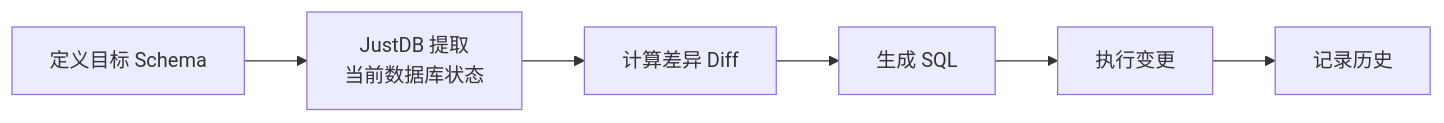
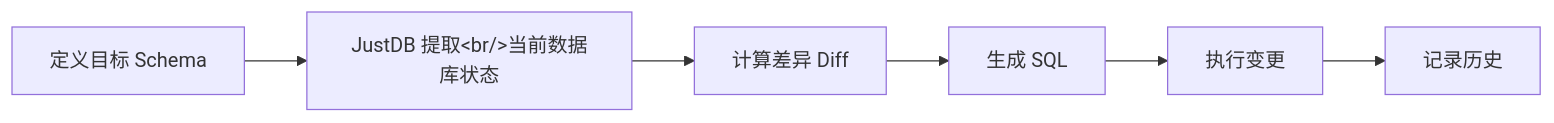
One commit to windli2018/justdb-docs-internal changed the diagram in docs/getting-started/migration-basics.md. Above: the diagram before and after it, drawn with Mermaid. The commit also changed other lines of this file and 162 other files, not shown here.

````diff
--- a/docs/getting-started/migration-basics.md
+++ b/docs/getting-started/migration-basics.md
@@ -22,8 +22,8 @@
 ```mermaid
 flowchart LR
-    A[定义目标 Schema] --> B[JustDB 提取<br/>当前数据库状态]
+    A[定义目标 Schema] --> B[JustDB 提取&lt;br/&gt;当前数据库状态]
     B --> C[计算差异 Diff]
     C --> D[生成 SQL]
     D --> E[执行变更]
     E --> F[记录历史]
 ```
````
